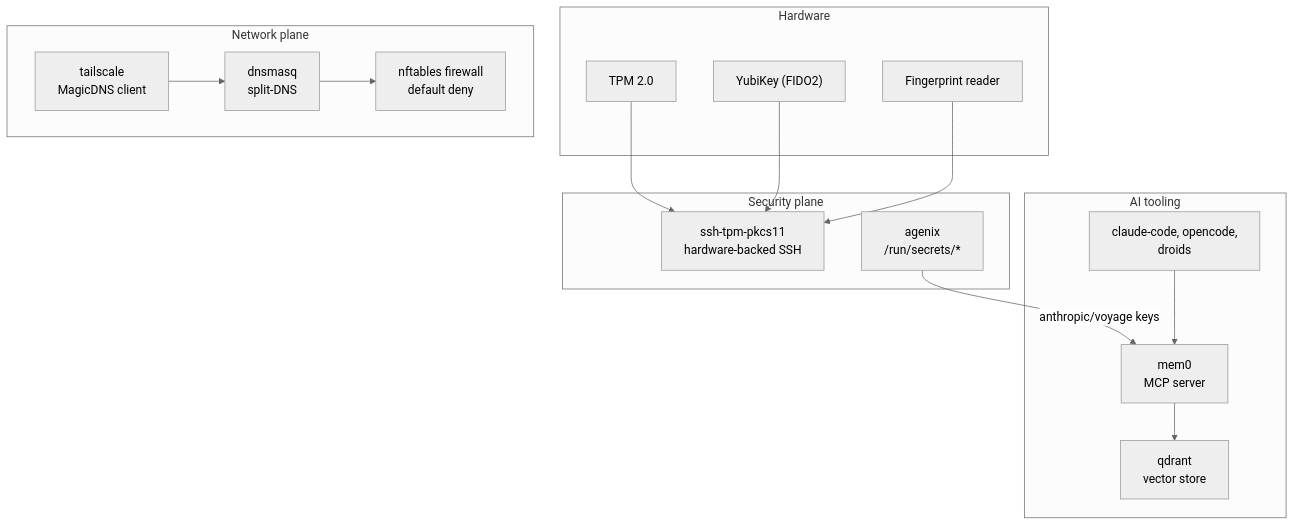
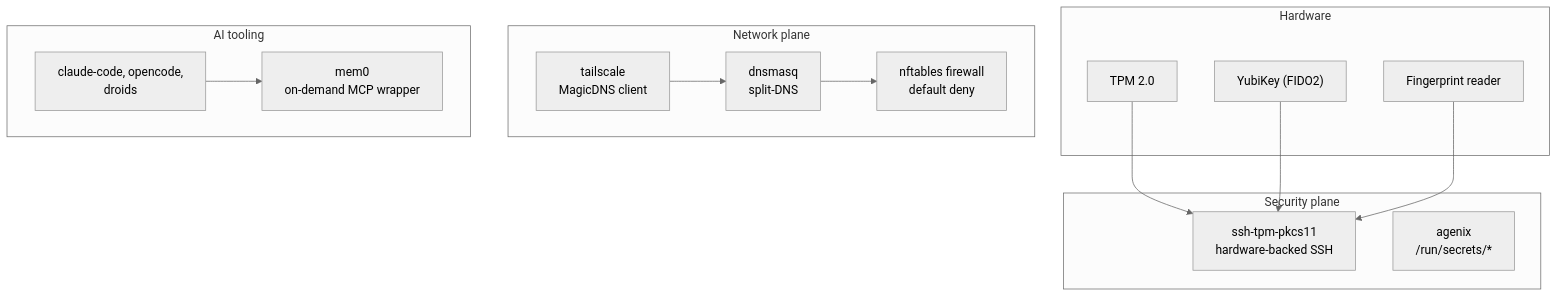
Before and after one commit to KostaGorod/nix-config: the second of 2 diagrams in docs/ARCHITECTURE.md, drawn with Mermaid (neutral theme). The commit also changed other lines of this file and 24 other files, not shown here.

````diff
--- a/docs/ARCHITECTURE.md
+++ b/docs/ARCHITECTURE.md
@@ -43,34 +54,31 @@
 ```mermaid
 flowchart TB
   subgraph hw["Hardware"]
     tpm["TPM 2.0"]
     yk["YubiKey (FIDO2)"]
     fp["Fingerprint reader"]
   end
 
   subgraph sec["Security plane"]
     sshtpm["ssh-tpm-pkcs11<br/>hardware-backed SSH"]
     agenix["agenix<br/>/run/secrets/*"]
   end
 
   subgraph net["Network plane"]
     ts["tailscale<br/>MagicDNS client"]
     dnsmasq["dnsmasq<br/>split-DNS"]
     fw["nftables firewall<br/>default deny"]
   end
 
   subgraph ai["AI tooling"]
     cli["claude-code, opencode,<br/>droids"]
-    mem0["mem0<br/>MCP server"]
-    qdrant["qdrant<br/>vector store"]
+    mem0["mem0<br/>on-demand MCP wrapper"]
   end
 
   tpm --> sshtpm
   yk --> sshtpm
   fp --> sshtpm
-  agenix -->|anthropic/voyage keys| mem0
-  mem0 --> qdrant
   cli --> mem0
   ts --> dnsmasq
   dnsmasq --> fw
 ```
````
